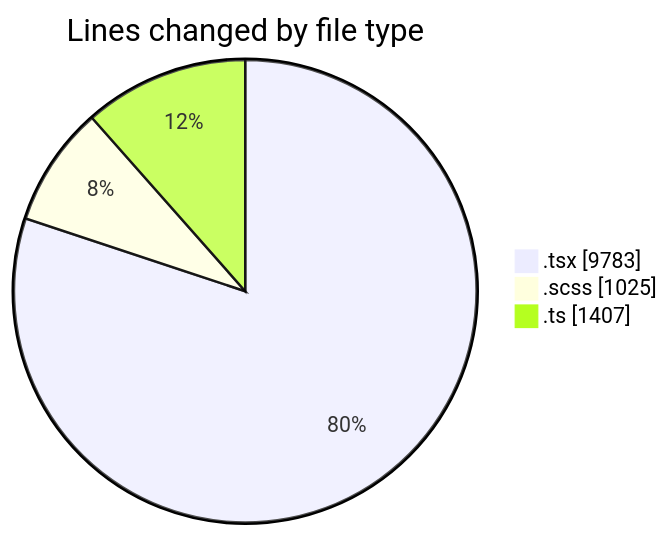
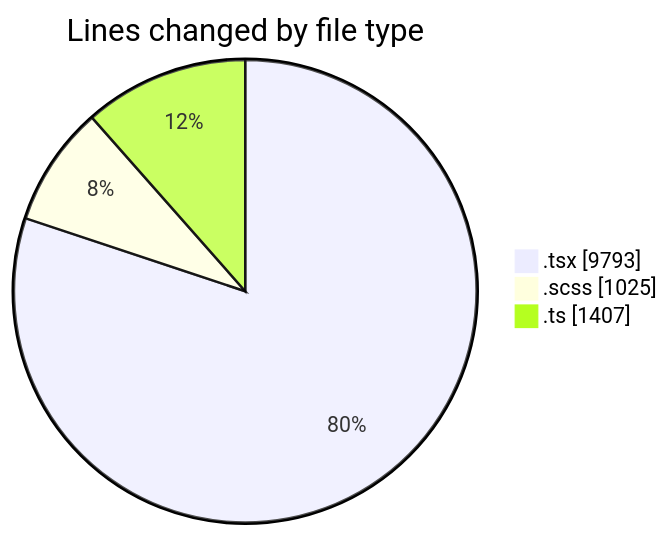
One commit to momahboobian/code-tracking changed the first of 2 diagrams in 2026-05-01/cda/README.md. Above: the diagram before and after it, drawn with Mermaid. The commit also changed other lines of this file and 1 other file, not shown here.

````diff
--- a/2026-05-01/cda/README.md
+++ b/2026-05-01/cda/README.md
@@ -64,7 +64,7 @@
 ```mermaid
 pie showData
 title Lines changed by file type
-".tsx" : 9783
+".tsx" : 9793
 ".scss" : 1025
 ".ts" : 1407
 ```
````
